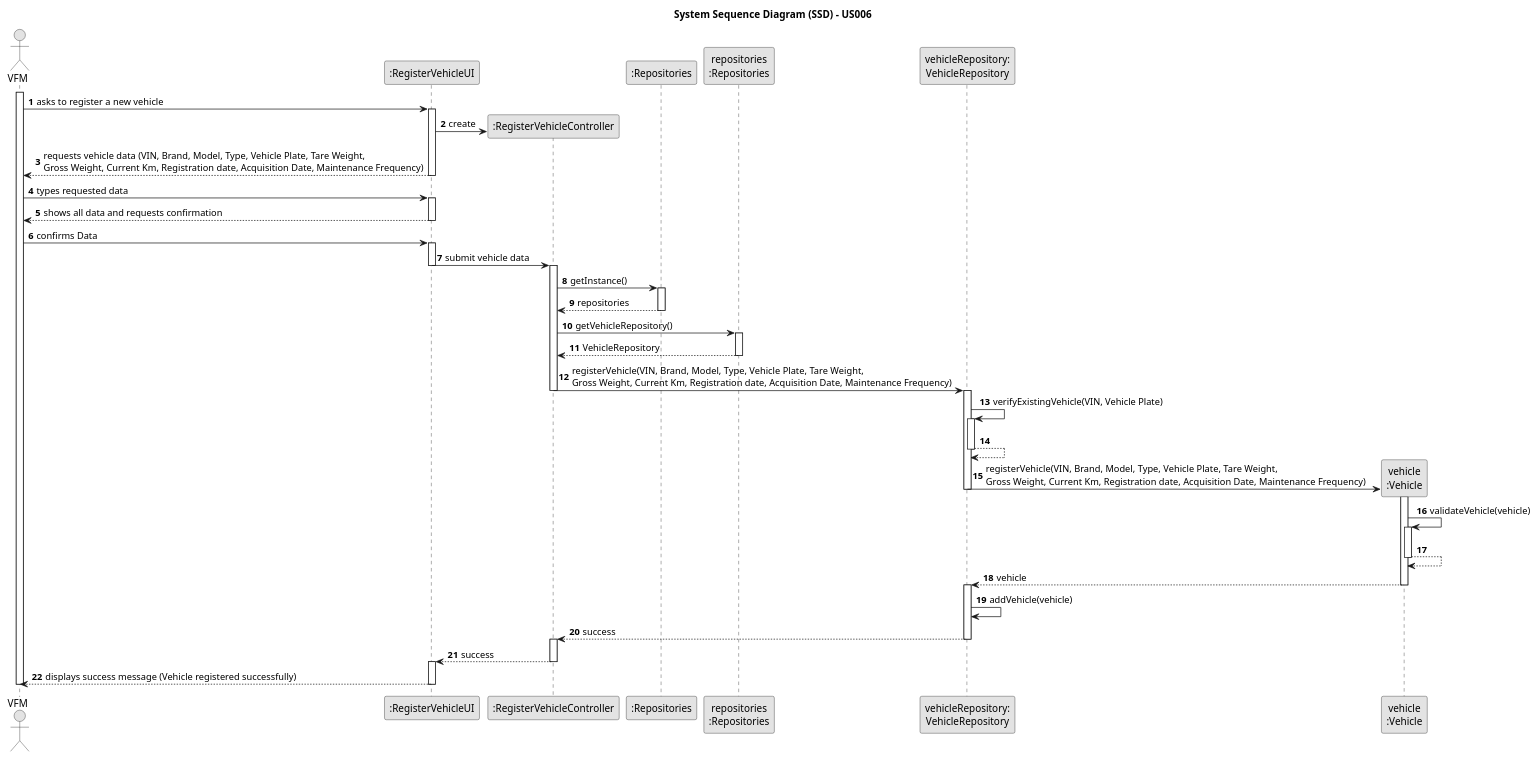
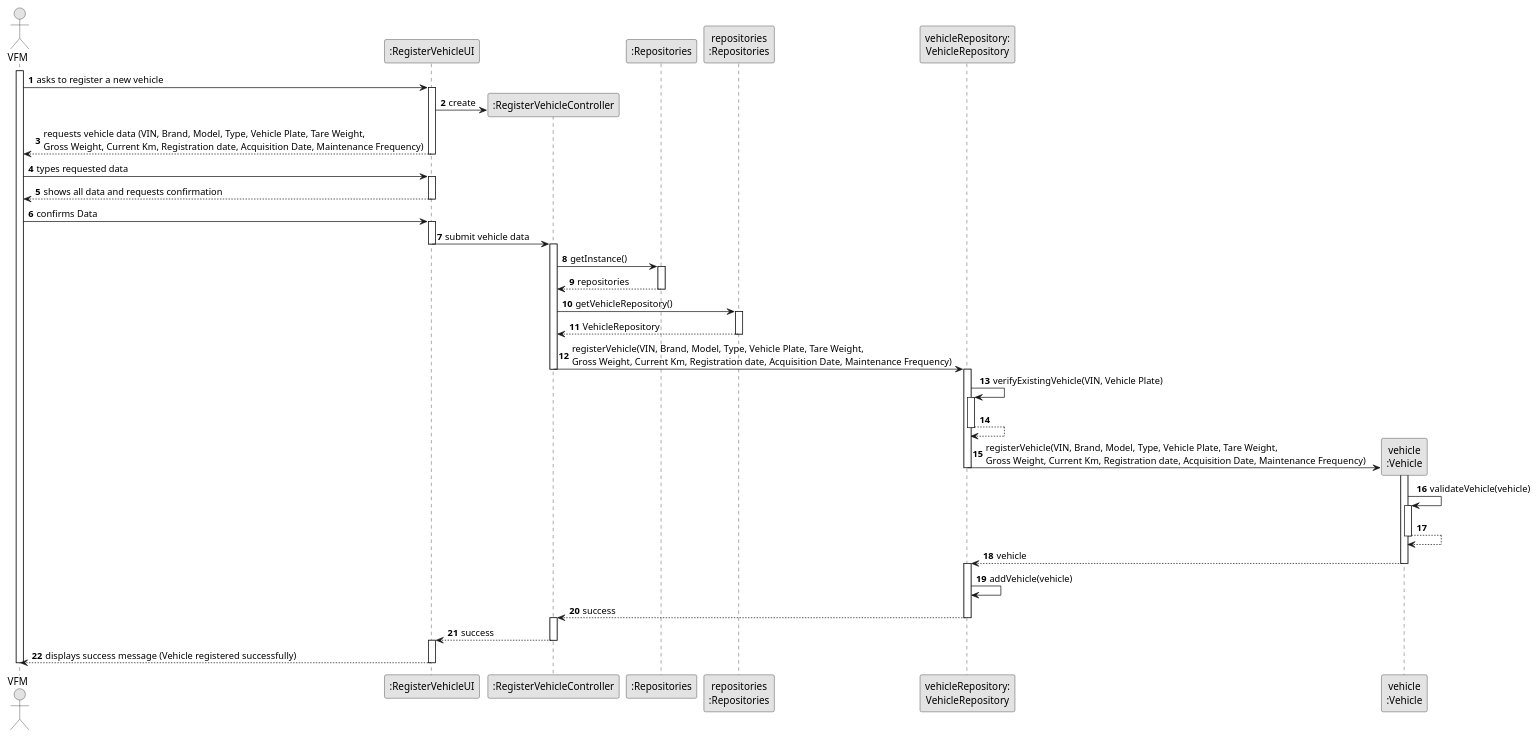
Before and after one commit to ricardomm7/leaflink: the diagram in docs/sprintC/us019/03.design/puml/us006-sequence-diagram-full.puml, drawn with PlantUML. The commit also changed 81 other files, not shown here.

```diff
--- a/docs/sprintC/us019/03.design/puml/us006-sequence-diagram-full.puml
+++ b/docs/sprintC/us019/03.design/puml/us006-sequence-diagram-full.puml
@@ -2,99 +2,99 @@
 @startuml
 skinparam monochrome true
 skinparam packageStyle rectangle
 skinparam shadowing false
 
-title System Sequence Diagram (SSD) - US006
+''title System Sequence Diagram (SSD) - US006
 
 autonumber
 
 actor "VFM" as VFM
 participant ":RegisterVehicleUI" as UI
 participant ":RegisterVehicleController" as CTRL
 participant ":Repositories" as RepositorySingleton
 participant "repositories\n:Repositories" as PLAT
 participant "vehicleRepository:\nVehicleRepository" as VehicleRepository
 participant "vehicle\n:Vehicle" as VEI
 
 activate VFM
 
     VFM -> UI : asks to register a new vehicle
     activate UI
 
         UI -> CTRL** : create
 
         UI --> VFM : requests vehicle data (VIN, Brand, Model, Type, Vehicle Plate, Tare Weight, \nGross Weight, Current Km, Registration date, Acquisition Date, Maintenance Frequency)
         deactivate UI
 
     VFM -> UI : types requested data
     activate UI
 
     UI --> VFM : shows all data and requests confirmation
     deactivate UI
 
     VFM -> UI: confirms Data
     activate UI
 
         UI -> CTRL : submit vehicle data
         deactivate UI
         activate CTRL
 
             CTRL -> RepositorySingleton: getInstance()
             activate RepositorySingleton
 
             RepositorySingleton --> CTRL: repositories
             deactivate RepositorySingleton
 
             CTRL -> PLAT: getVehicleRepository()
             activate PLAT
 
             PLAT --> CTRL: VehicleRepository
             deactivate PLAT
 
         CTRL -> VehicleRepository : registerVehicle(VIN, Brand, Model, Type, Vehicle Plate, Tare Weight, \nGross Weight, Current Km, Registration date, Acquisition Date, Maintenance Frequency)
         deactivate CTRL
 
             activate VehicleRepository
 
         VehicleRepository -> VehicleRepository: verifyExistingVehicle(VIN, Vehicle Plate)
                                 activate VehicleRepository
 
                                 VehicleRepository --> VehicleRepository
                                 deactivate VehicleRepository
 
 
             VehicleRepository -> VEI **: registerVehicle(VIN, Brand, Model, Type, Vehicle Plate, Tare Weight, \nGross Weight, Current Km, Registration date, Acquisition Date, Maintenance Frequency)
         deactivate VehicleRepository
             activate VEI
 
 
             VEI -> VEI: validateVehicle(vehicle)
             activate VEI
 
             VEI --> VEI
             deactivate VEI
 
             VEI --> VehicleRepository: vehicle
             deactivate VEI
             activate VehicleRepository
 
 
 
                         VehicleRepository -> VehicleRepository: addVehicle(vehicle)
 
 
             VehicleRepository --> CTRL: success
             deactivate VehicleRepository
             activate CTRL
 
 
             CTRL --> UI : success
             deactivate CTRL
             activate UI
 
     UI --> VFM : displays success message (Vehicle registered successfully)
     deactivate UI
 
 deactivate VFM
 
 @enduml
```
